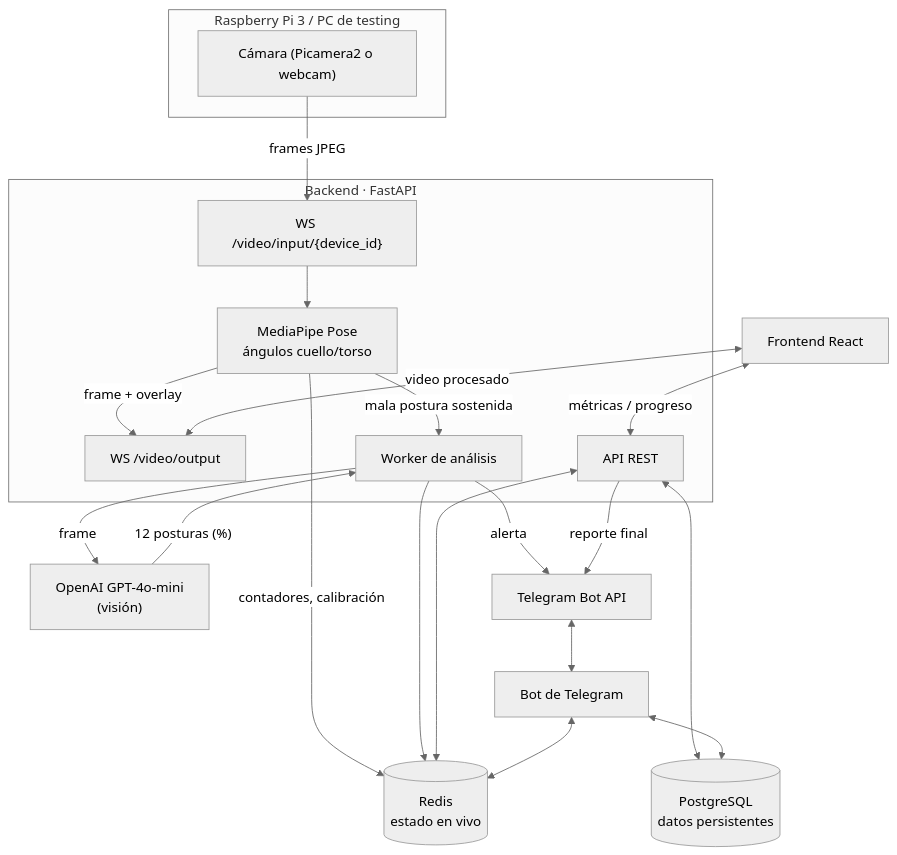
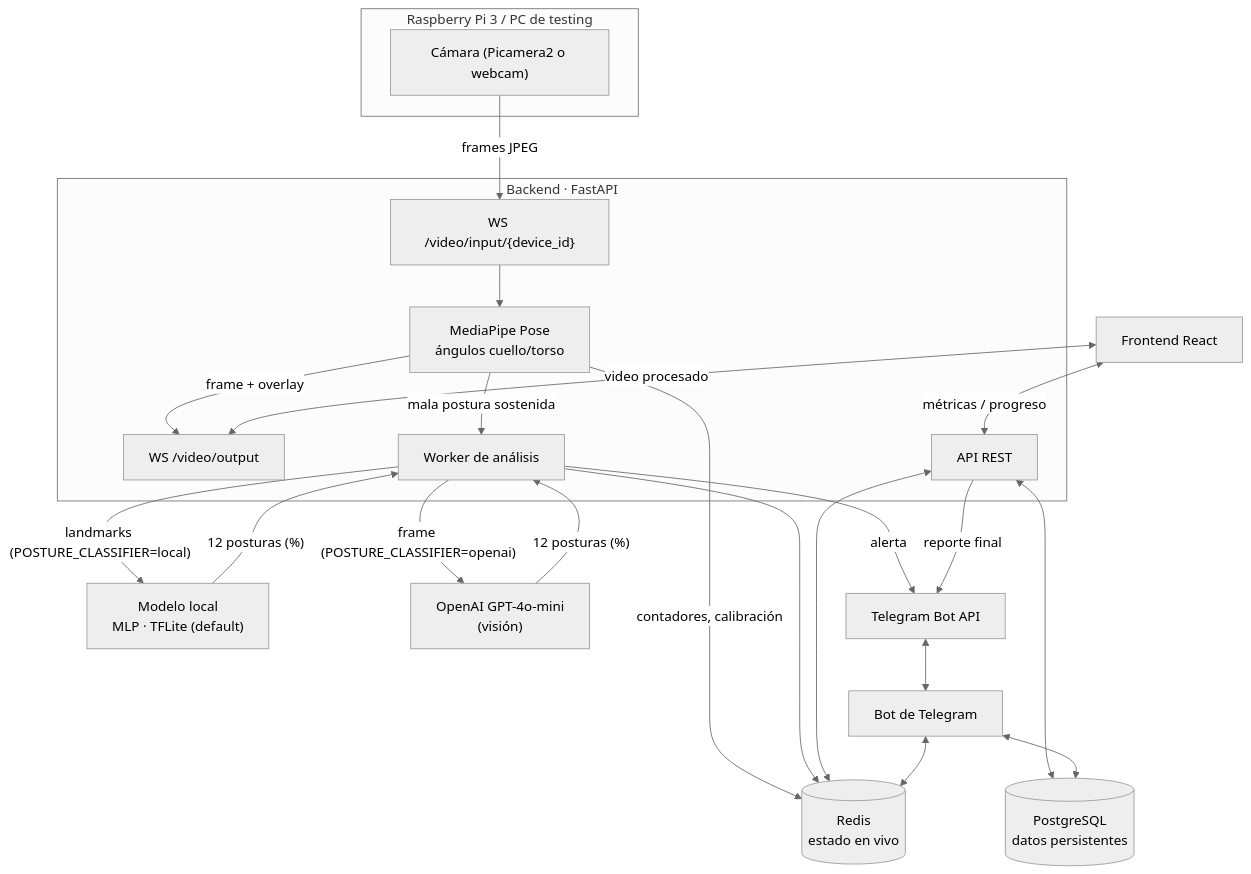
Before and after one commit to RodolGiaco/Smart-Healthy-Posture-Detector: the first of 2 diagrams in README.md, drawn with Mermaid (neutral theme). The commit also changed other lines of this file, not shown here.

Commit message:
docs: balance README wording between the local MLP model and OpenAI

````diff
--- a/README.md
+++ b/README.md
@@ -134,39 +134,42 @@
 ```mermaid
 flowchart TB
     subgraph Dispositivo["Raspberry Pi 3 / PC de testing"]
         CAM["Cámara (Picamera2 o webcam)"]
     end
 
     subgraph Backend["Backend · FastAPI"]
         WSIN["WS /video/input/{device_id}"]
         MP["MediaPipe Pose<br/>ángulos cuello/torso"]
         WSOUT["WS /video/output"]
         WORKER["Worker de análisis"]
         REST["API REST"]
     end
 
     REDIS[("Redis<br/>estado en vivo")]
     PG[("PostgreSQL<br/>datos persistentes")]
+    MLP["Modelo local<br/>MLP · TFLite (default)"]
     OPENAI["OpenAI GPT-4o-mini<br/>(visión)"]
     TG["Telegram Bot API"]
     BOT["Bot de Telegram"]
     WEB["Frontend React"]
 
     CAM -- "frames JPEG" --> WSIN
     WSIN --> MP
     MP -- "frame + overlay" --> WSOUT
     MP -- "contadores, calibración" --> REDIS
     MP -- "mala postura sostenida" --> WORKER
-    WORKER -- "frame" --> OPENAI
+    WORKER -- "landmarks (POSTURE_CLASSIFIER=local)" --> MLP
+    WORKER -- "frame (POSTURE_CLASSIFIER=openai)" --> OPENAI
+    MLP -- "12 posturas (%)" --> WORKER
     OPENAI -- "12 posturas (%)" --> WORKER
     WORKER --> REDIS
     WORKER -- "alerta" --> TG
     REST <--> REDIS
     REST <--> PG
     REST -- "reporte final" --> TG
     TG <--> BOT
     BOT <--> PG
     BOT <--> REDIS
     WEB <-- "video procesado" --> WSOUT
     WEB <-- "métricas / progreso" --> REST
 ```
````
